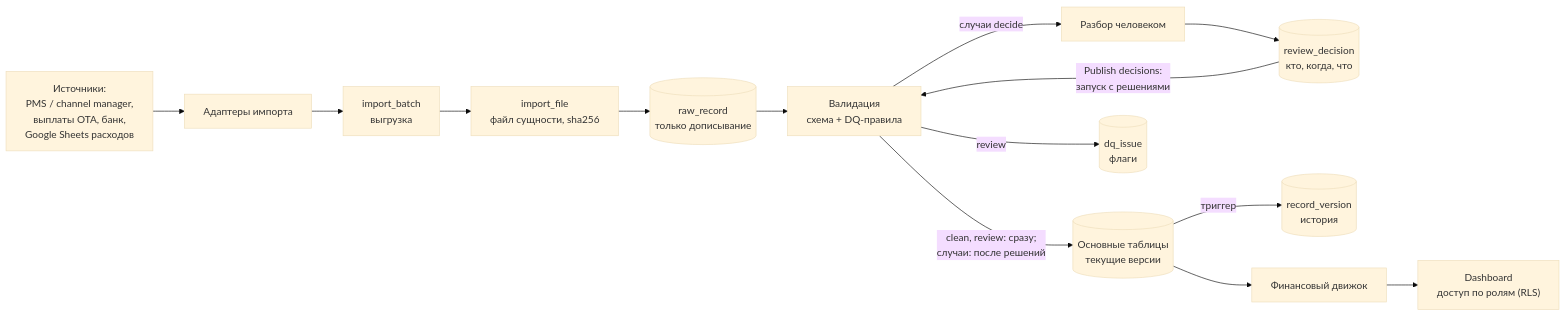
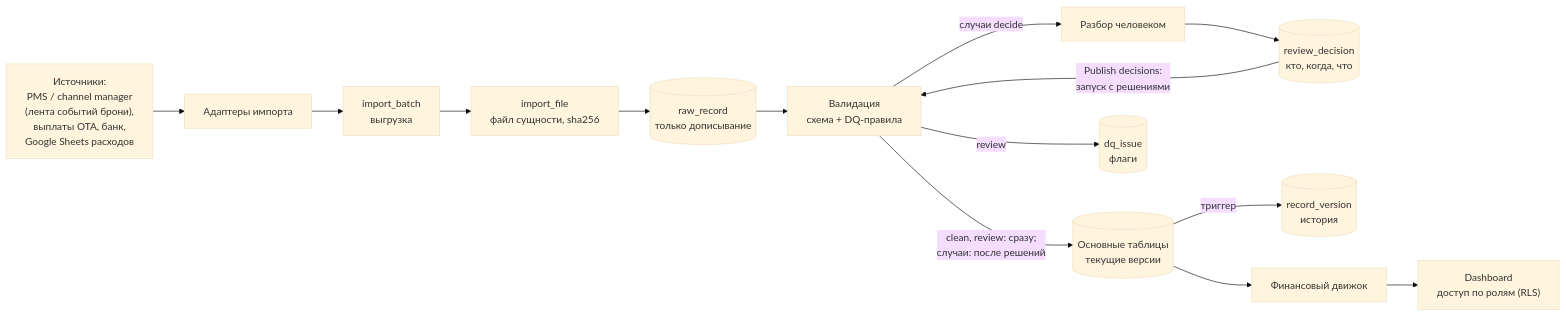
The second of 2 diagrams in docs/PLAN.md (ProjectINT/business-system), drawn with Mermaid (base theme) before and after one commit. The commit also changed other lines of this file and 6 other files, not shown here.

````diff
--- a/docs/PLAN.md
+++ b/docs/PLAN.md
@@ -76,16 +78,16 @@
 ```mermaid
 flowchart LR
-  SRC["Источники:<br/>PMS / channel manager,<br/>выплаты OTA, банк,<br/>Google Sheets расходов"] --> AD["Адаптеры импорта"]
+  SRC["Источники:<br/>PMS / channel manager<br/>(лента событий брони),<br/>выплаты OTA, банк,<br/>Google Sheets расходов"] --> AD["Адаптеры импорта"]
   AD --> B["import_batch<br/>выгрузка"]
   B --> F["import_file<br/>файл сущности, sha256"]
   F --> RAW[("raw_record<br/>только дописывание")]
   RAW --> VAL["Валидация<br/>схема + DQ-правила"]
   VAL -->|"случаи decide"| REV["Разбор человеком"]
   REV --> DEC[("review_decision<br/>кто, когда, что")]
   DEC -->|"Publish decisions:<br/>запуск с решениями"| VAL
   VAL -->|"clean, review: сразу;<br/>случаи: после решений"| CORE[("Основные таблицы<br/>текущие версии")]
   CORE -->|"триггер"| HIST[("record_version<br/>история")]
   VAL -->|"review"| ISS[("dq_issue<br/>флаги")]
   CORE --> CALC["Финансовый движок"]
   CALC --> DASH["Dashboard<br/>доступ по ролям (RLS)"]
 ```
````
